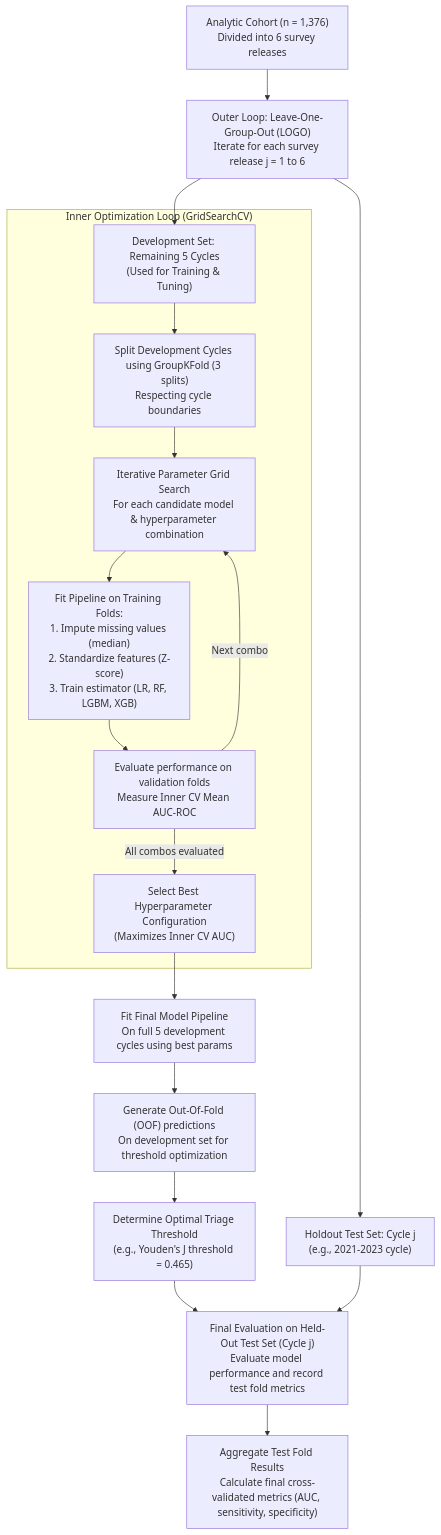
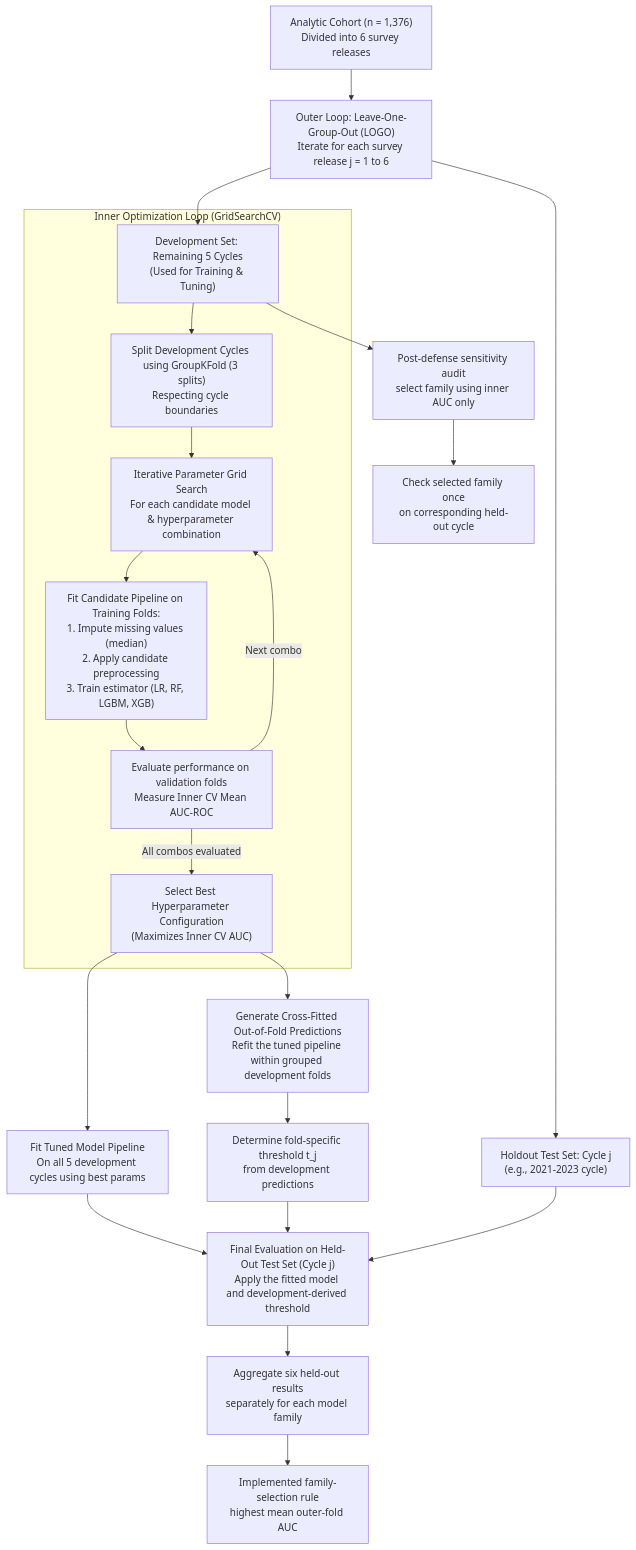
Before and after one commit to Skufu/DianaV2: the third of 6 diagrams in docs/07-research/thesis-drafts/ch3+4-final-academic-draft.md, drawn with Mermaid. The commit also changed other lines of this file and 104 other files, not shown here.

Commit message:
ml/docs: implement minor revision evidence, train binary model without BP, and update thesis draft Ch 3+4

````diff
--- a/docs/07-research/thesis-drafts/ch3+4-final-academic-draft.md
+++ b/docs/07-research/thesis-drafts/ch3+4-final-academic-draft.md
@@ -218,22 +267,26 @@
 ```mermaid
 flowchart TD
     A["Analytic Cohort (n = 1,376)<br/>Divided into 6 survey releases"] --> B["Outer Loop: Leave-One-Group-Out (LOGO)<br/>Iterate for each survey release j = 1 to 6"]
     B --> C["Holdout Test Set: Cycle j<br/>(e.g., 2021-2023 cycle)"]
     B --> D["Development Set: Remaining 5 Cycles<br/>(Used for Training & Tuning)"]
     
     subgraph InnerLoop["Inner Optimization Loop (GridSearchCV)"]
         D --> E["Split Development Cycles using GroupKFold (3 splits)<br/>Respecting cycle boundaries"]
         E --> F["Iterative Parameter Grid Search<br/>For each candidate model & hyperparameter combination"]
-        F --> G["Fit Pipeline on Training Folds:<br/>1. Impute missing values (median)<br/>2. Standardize features (Z-score)<br/>3. Train estimator (LR, RF, LGBM, XGB)"]
+        F --> G["Fit Candidate Pipeline on Training Folds:<br/>1. Impute missing values (median)<br/>2. Apply candidate preprocessing<br/>3. Train estimator (LR, RF, LGBM, XGB)"]
         G --> H["Evaluate performance on validation folds<br/>Measure Inner CV Mean AUC-ROC"]
         H -->|Next combo| F
         H -->|All combos evaluated| I["Select Best Hyperparameter Configuration<br/>(Maximizes Inner CV AUC)"]
     end
     
-    I --> J["Fit Final Model Pipeline<br/>On full 5 development cycles using best params"]
-    J --> K["Generate Out-Of-Fold (OOF) predictions<br/>On development set for threshold optimization"]
-    K --> L["Determine Optimal Triage Threshold<br/>(e.g., Youden's J threshold = 0.465)"]
-    L --> M["Final Evaluation on Held-Out Test Set (Cycle j)<br/>Evaluate model performance and record test fold metrics"]
+    I --> J["Fit Tuned Model Pipeline<br/>On all 5 development cycles using best params"]
+    I --> K["Generate Cross-Fitted Out-of-Fold Predictions<br/>Refit the tuned pipeline within grouped development folds"]
+    K --> L["Determine fold-specific threshold t_j<br/>from development predictions"]
+    J --> M["Final Evaluation on Held-Out Test Set (Cycle j)<br/>Apply the fitted model and development-derived threshold"]
+    L --> M
     C --> M
-    M --> N["Aggregate Test Fold Results<br/>Calculate final cross-validated metrics (AUC, sensitivity, specificity)"]
+    M --> N["Aggregate six held-out results<br/>separately for each model family"]
+    N --> O["Implemented family-selection rule<br/>highest mean outer-fold AUC"]
+    D --> P["Post-defense sensitivity audit<br/>select family using inner AUC only"]
+    P --> Q["Check selected family once<br/>on corresponding held-out cycle"]
 ```
````
